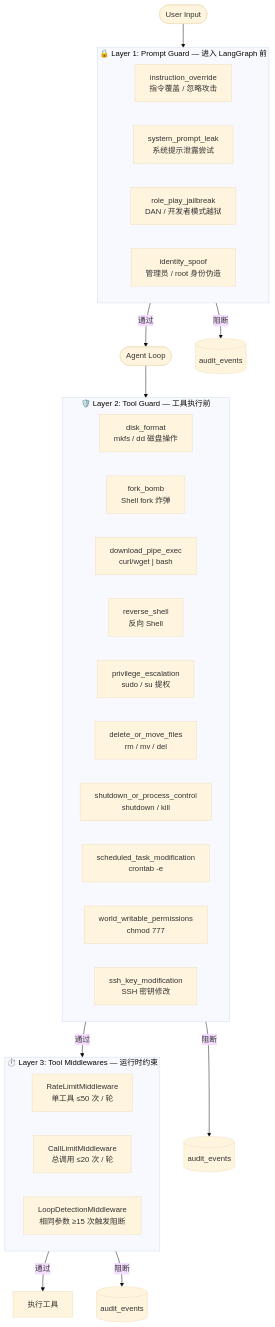
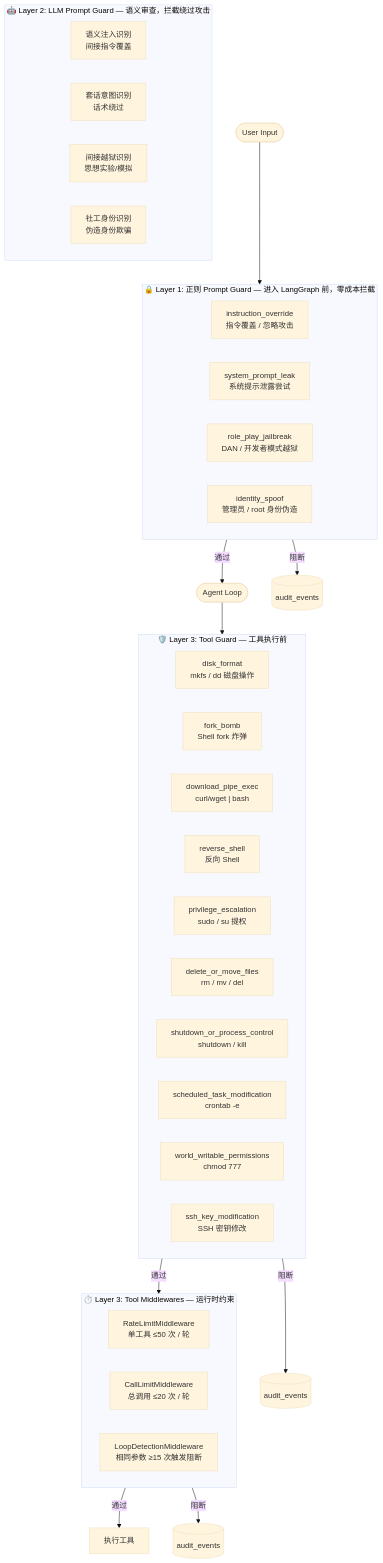
Before and after one commit to YachuanWzh/huamulan-agent: the eighth of 12 diagrams in 技术方案报告.md, drawn with Mermaid (base theme). The commit also changed other lines of this file and 9 other files, not shown here.

Commit message:
feat: 新增llm prompt guard

````diff
--- a/技术方案报告.md
+++ b/技术方案报告.md
@@ -733,40 +738,48 @@
 ```mermaid
 flowchart TB
-    subgraph L1["🔒 Layer 1: Prompt Guard — 进入 LangGraph 前"]
+    subgraph L1["🔒 Layer 1: 正则 Prompt Guard — 进入 LangGraph 前，零成本拦截"]
         direction LR
         P1[instruction_override<br/>指令覆盖 / 忽略攻击]
         P2[system_prompt_leak<br/>系统提示泄露尝试]
         P3[role_play_jailbreak<br/>DAN / 开发者模式越狱]
         P4[identity_spoof<br/>管理员 / root 身份伪造]
     end
 
-    subgraph L2["🛡️ Layer 2: Tool Guard — 工具执行前"]
+    subgraph L15["🤖 Layer 2: LLM Prompt Guard — 语义审查，拦截绕过攻击"]
+        direction LR
+        LL1[语义注入识别<br/>间接指令覆盖]
+        LL2[套话意图识别<br/>话术绕过]
+        LL3[间接越狱识别<br/>思想实验/模拟]
+        LL4[社工身份识别<br/>伪造身份欺骗]
+    end
+
+    subgraph L2["🛡️ Layer 3: Tool Guard — 工具执行前"]
         direction LR
         T1[disk_format<br/>mkfs / dd 磁盘操作]
         T2[fork_bomb<br/>Shell fork 炸弹]
         T3["download_pipe_exec<br/>curl/wget | bash"]
         T4[reverse_shell<br/>反向 Shell]
         T5[privilege_escalation<br/>sudo / su 提权]
         T6[delete_or_move_files<br/>rm / mv / del]
         T7[shutdown_or_process_control<br/>shutdown / kill]
         T8[scheduled_task_modification<br/>crontab -e]
         T9[world_writable_permissions<br/>chmod 777]
         T10[ssh_key_modification<br/>SSH 密钥修改]
     end
 
     subgraph L3["⏱️ Layer 3: Tool Middlewares — 运行时约束"]
         direction LR
         M1[RateLimitMiddleware<br/>单工具 ≤50 次 / 轮]
         M2[CallLimitMiddleware<br/>总调用 ≤20 次 / 轮]
         M3[LoopDetectionMiddleware<br/>相同参数 ≥15 次触发阻断]
     end
 
     Input([User Input]) --> L1
     L1 -->|"通过"| AgentLoop([Agent Loop])
     AgentLoop --> L2
     L2 -->|"通过"| L3
     L3 -->|"通过"| Execute[执行工具]
     L1 -->|"阻断"| Audit1[(audit_events)]
     L2 -->|"阻断"| Audit2[(audit_events)]
     L3 -->|"阻断"| Audit3[(audit_events)]
 ```
````
